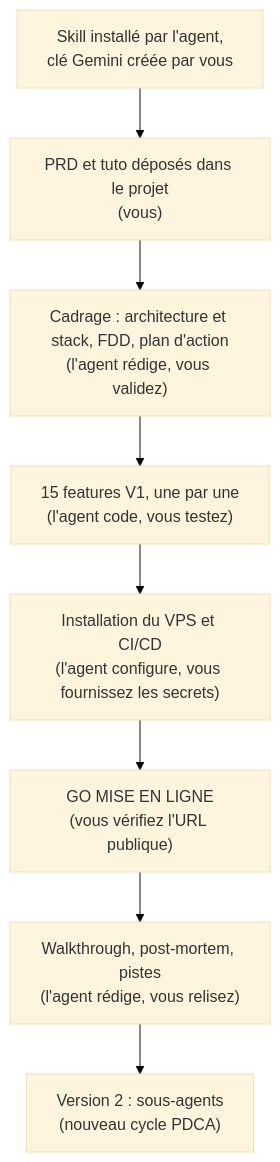
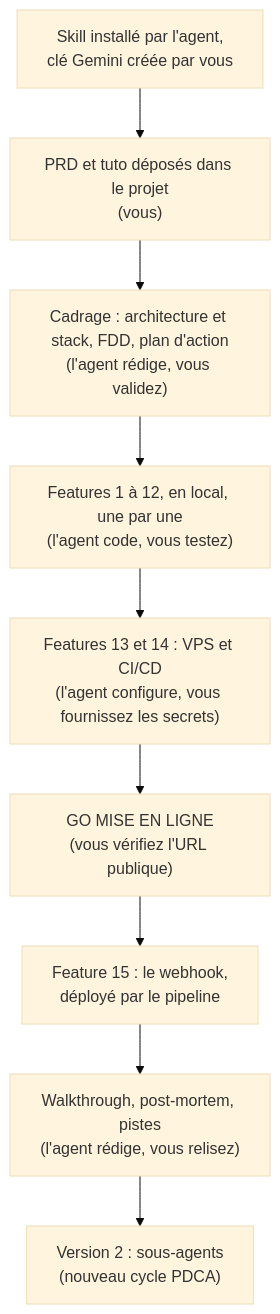
One commit to lecinquiemejour-code/goodvibe-tuto changed the diagram in README.md. Above: the diagram before and after it, drawn with Mermaid (base theme). The commit also changed other lines of this file and 1 other file, not shown here.

Commit message:
README : démarrage rapide (dépôt privé, Mermaid, Claude Code), coûts, dépannage, parcours à jour

````diff
--- a/README.md
+++ b/README.md
@@ -146,10 +165,11 @@
 ```mermaid
 flowchart TD
     A["Skill installé par l'agent,<br/>clé Gemini créée par vous"] --> B["PRD et tuto déposés dans le projet<br/>(vous)"]
     B --> C["Cadrage : architecture et stack, FDD, plan d'action<br/>(l'agent rédige, vous validez)"]
-    C --> D["15 features V1, une par une<br/>(l'agent code, vous testez)"]
-    D --> E["Installation du VPS et CI/CD<br/>(l'agent configure, vous fournissez les secrets)"]
+    C --> D["Features 1 à 12, en local, une par une<br/>(l'agent code, vous testez)"]
+    D --> E["Features 13 et 14 : VPS et CI/CD<br/>(l'agent configure, vous fournissez les secrets)"]
     E --> F["GO MISE EN LIGNE<br/>(vous vérifiez l'URL publique)"]
-    F --> G["Walkthrough, post-mortem, pistes<br/>(l'agent rédige, vous relisez)"]
+    F --> F2["Feature 15 : le webhook,<br/>déployé par le pipeline"]
+    F2 --> G["Walkthrough, post-mortem, pistes<br/>(l'agent rédige, vous relisez)"]
     G --> H["Version 2 : sous-agents<br/>(nouveau cycle PDCA)"]
 ```
````
